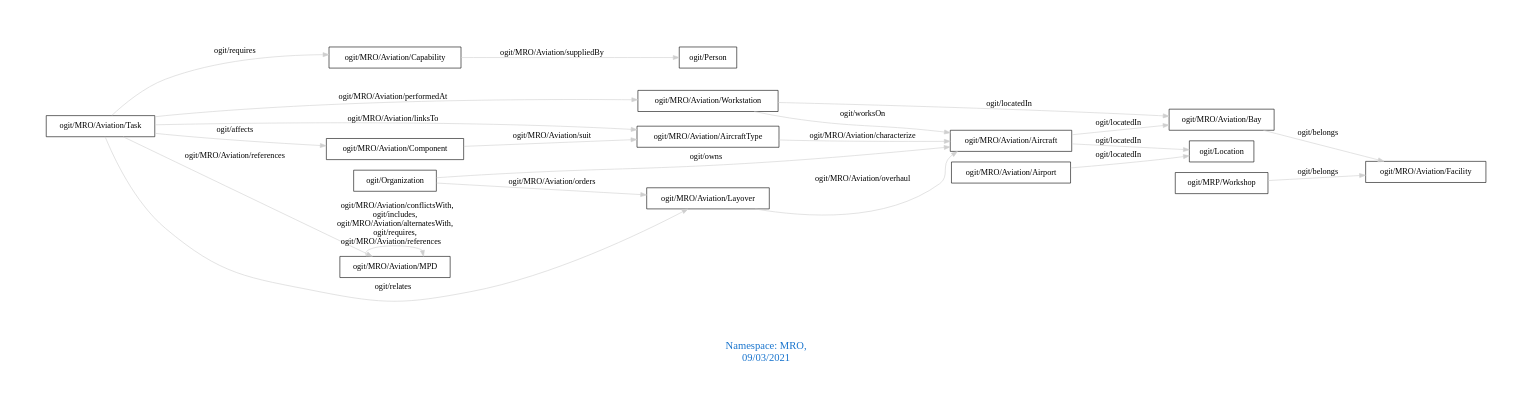
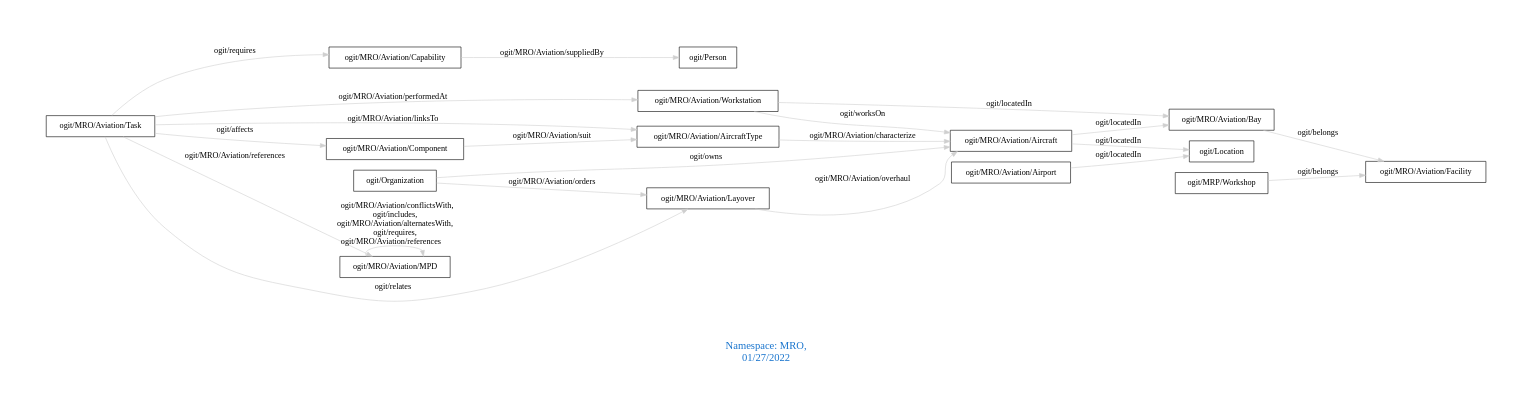
The diagram in downloads/MRO.dot (arago/OGIT), drawn with Graphviz before and after one commit. The commit also changed 1937 other files, not shown here.

```diff
--- a/downloads/MRO.dot
+++ b/downloads/MRO.dot
@@ -1,28 +1,28 @@
 digraph OGIT_ontology {
  graph [ rankdir= LR,pad=1 
 fontsize = 18,
-fontcolor= dodgerblue3,label = "\n\n\nNamespace: MRO, \n 09/03/2021"];
+fontcolor= dodgerblue3,label = "\n\n\nNamespace: MRO, \n 01/27/2022"];
 node[shape=polygon];
 edge [  color="gray81"];
 
    "ogit/MRO/Aviation/Capability" -> "ogit/Person" [label="   ogit/MRO/Aviation/suppliedBy    "];
    "ogit/MRO/Aviation/Workstation" -> "ogit/MRO/Aviation/Aircraft" [label="   ogit/worksOn    "];
    "ogit/MRO/Aviation/Task" -> "ogit/MRO/Aviation/AircraftType" [label="   ogit/MRO/Aviation/linksTo    "];
    "ogit/MRO/Aviation/Layover" -> "ogit/MRO/Aviation/Aircraft" [label="   ogit/MRO/Aviation/overhaul    "];
    "ogit/MRO/Aviation/Aircraft" -> "ogit/Location" [label="   ogit/locatedIn    "];
    "ogit/MRO/Aviation/Aircraft" -> "ogit/MRO/Aviation/Bay" [label="   ogit/locatedIn    "];
    "ogit/MRO/Aviation/Airport" -> "ogit/Location" [label="   ogit/locatedIn    "];
    "ogit/MRO/Aviation/Workstation" -> "ogit/MRO/Aviation/Bay" [label="   ogit/locatedIn    "];
    "ogit/MRO/Aviation/Task" -> "ogit/MRO/Aviation/Component" [label="   ogit/affects    "];
    "ogit/MRO/Aviation/AircraftType" -> "ogit/MRO/Aviation/Aircraft" [label="   ogit/MRO/Aviation/characterize    "];
    "ogit/MRO/Aviation/Task" -> "ogit/MRO/Aviation/Capability" [label="   ogit/requires    "];
    "ogit/Organization" -> "ogit/MRO/Aviation/Aircraft" [label="   ogit/owns    "];
    "ogit/MRO/Aviation/Task" -> "ogit/MRO/Aviation/Workstation" [label="   ogit/MRO/Aviation/performedAt    "];
+   "ogit/MRP/Workshop" -> "ogit/MRO/Aviation/Facility" [label="   ogit/belongs    "];
    "ogit/MRO/Aviation/Bay" -> "ogit/MRO/Aviation/Facility" [label="   ogit/belongs    "];
-   "ogit/MRP/Workshop" -> "ogit/MRO/Aviation/Facility" [label="   ogit/belongs    "];
    "ogit/MRO/Aviation/Task" -> "ogit/MRO/Aviation/MPD" [label="   ogit/MRO/Aviation/references    "];
    "ogit/MRO/Aviation/Component" -> "ogit/MRO/Aviation/AircraftType" [label="   ogit/MRO/Aviation/suit    "];
    "ogit/MRO/Aviation/Task" -> "ogit/MRO/Aviation/Layover" [label="   ogit/relates    "];
    "ogit/Organization" -> "ogit/MRO/Aviation/Layover" [label="   ogit/MRO/Aviation/orders    "];
    "ogit/MRO/Aviation/MPD" -> "ogit/MRO/Aviation/MPD" [label="   ogit/MRO/Aviation/conflictsWith, \n ogit/includes, \n ogit/MRO/Aviation/alternatesWith, \n ogit/requires, \n ogit/MRO/Aviation/references    "];
 }
```
